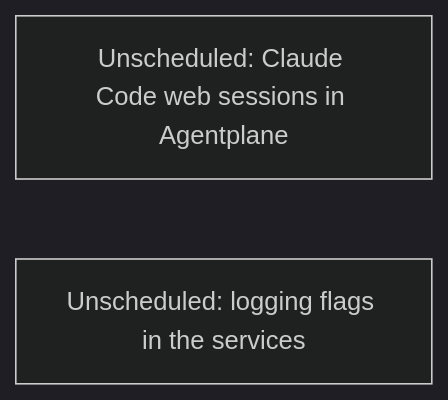
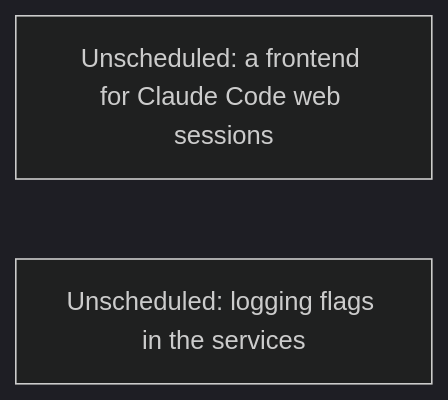
One commit to agentydragon-agent/ducktape changed the seventh of 14 diagrams in agentplane/plans/task_dag.md. Above: the diagram before and after it, drawn with Mermaid (dark theme). The commit also changed other lines of this file and 1 other file, not shown here.

````diff
--- a/agentplane/plans/task_dag.md
+++ b/agentplane/plans/task_dag.md
@@ -442,5 +446,5 @@
 ```mermaid
 flowchart LR
-    CLAUDE_CODE_WEB_BRIDGE[Unscheduled: Claude Code web sessions in Agentplane]
+    CLAUDE_CODE_WEB_BRIDGE[Unscheduled: a frontend for Claude Code web sessions]
     SERVICE_LOG_FLAGS[Unscheduled: logging flags in the services]
 ```
````
